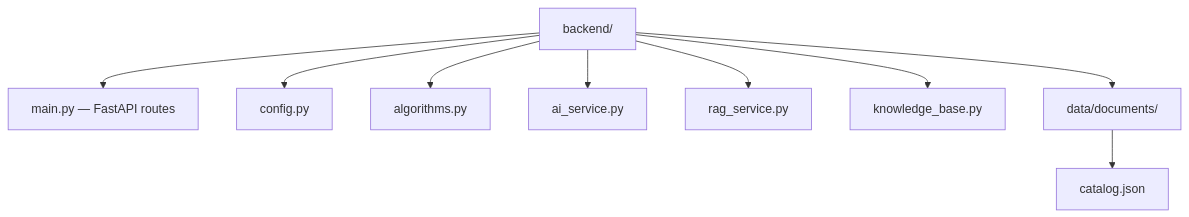
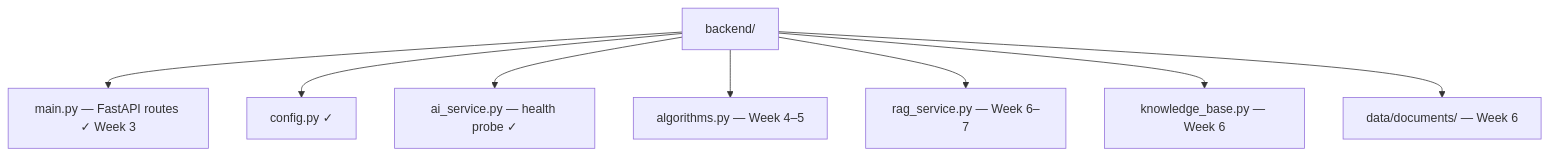
One commit to hodncgi/AMS changed the diagram in backend/README.md. Above: the diagram before and after it, drawn with Mermaid. The commit also changed other lines of this file and 17 other files, not shown here.

Commit message:
Week 3: FastAPI skeleton with GET /health and pytest.

````diff
--- a/backend/README.md
+++ b/backend/README.md
@@ -7,11 +32,10 @@
 ```mermaid
 flowchart TB
-    ROOT[backend/] --> MAIN[main.py — FastAPI routes]
-    ROOT --> CFG[config.py]
-    ROOT --> ALG[algorithms.py]
-    ROOT --> AI[ai_service.py]
-    ROOT --> RAG[rag_service.py]
-    ROOT --> KB[knowledge_base.py]
-    ROOT --> DATA[data/documents/]
-    DATA --> CAT[catalog.json]
+    ROOT[backend/] --> MAIN[main.py — FastAPI routes ✓ Week 3]
+    ROOT --> CFG[config.py ✓]
+    ROOT --> AI[ai_service.py — health probe ✓]
+    ROOT --> ALG[algorithms.py — Week 4–5]
+    ROOT --> RAG[rag_service.py — Week 6–7]
+    ROOT --> KB[knowledge_base.py — Week 6]
+    ROOT --> DATA[data/documents/ — Week 6]
 ```
````
